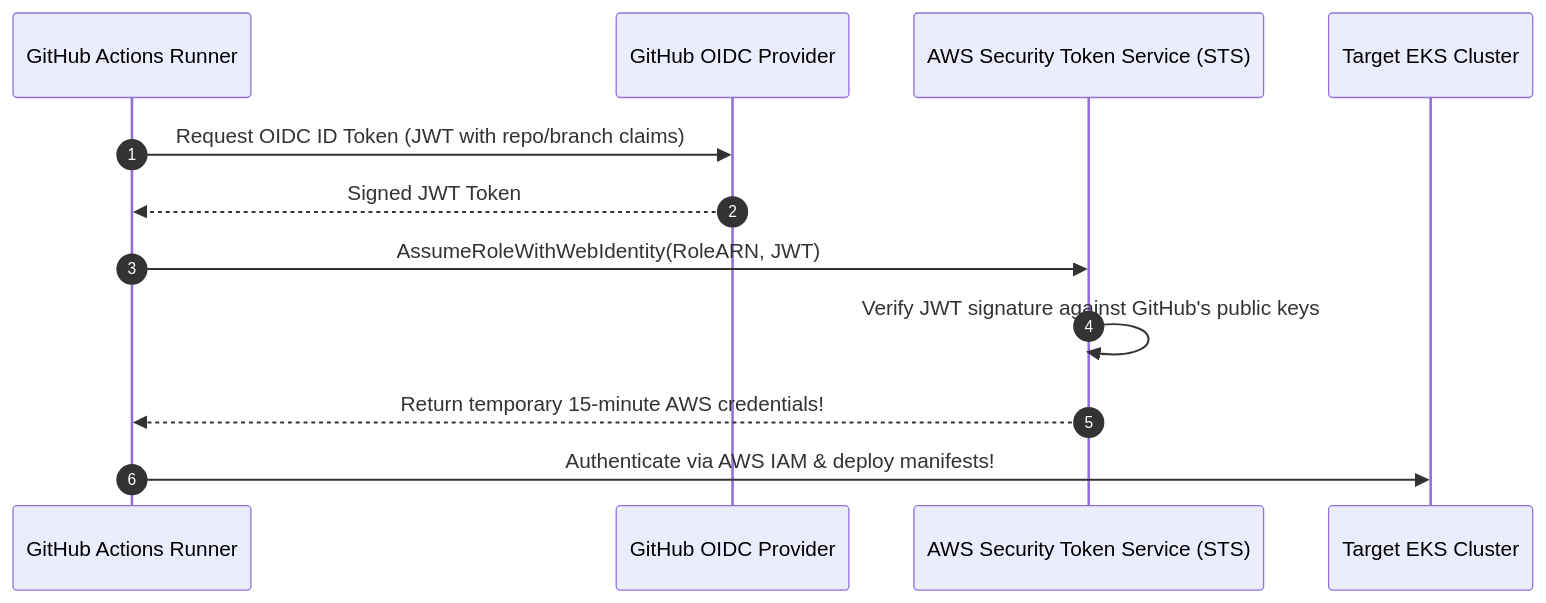
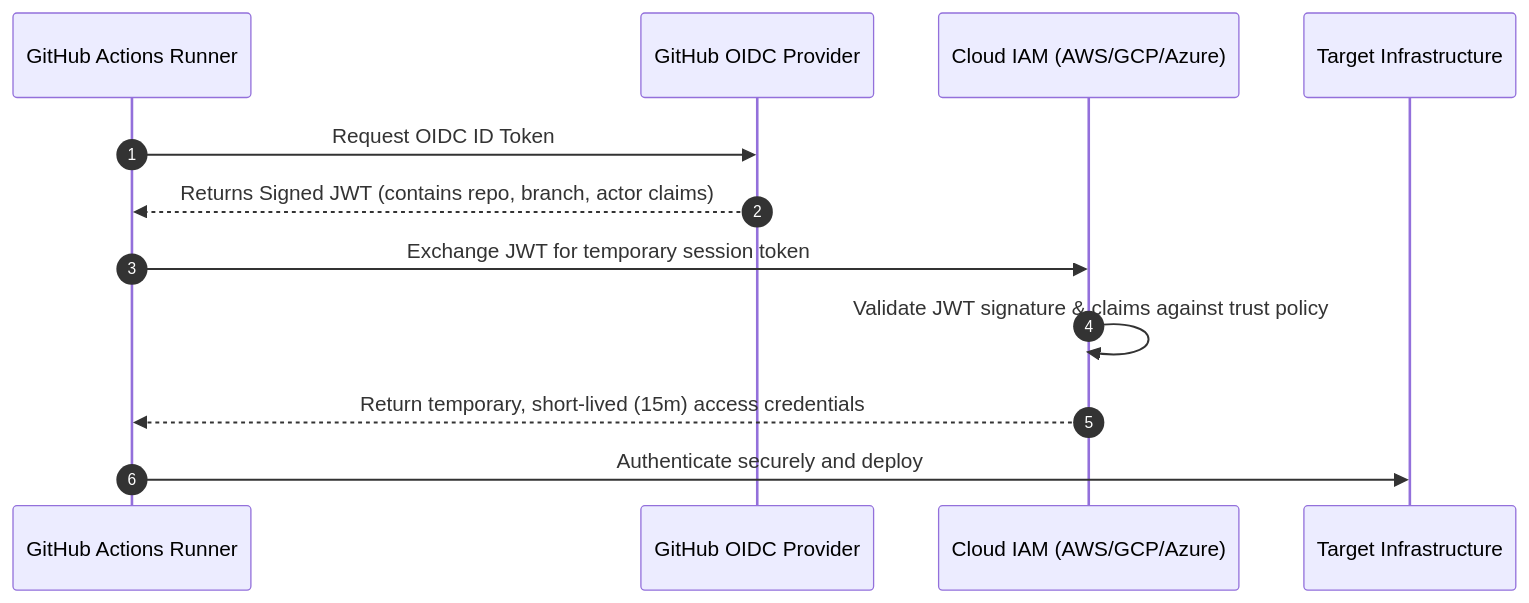
Before and after one commit to PandeyKishan/Study-Notes: the second of 2 diagrams in 04-CICD-Pipelines/02-GitHub-Actions-Deep-Dive.md, drawn with Mermaid. The commit also changed other lines of this file and 38 other files, not shown here.

````diff
--- a/04-CICD-Pipelines/02-GitHub-Actions-Deep-Dive.md
+++ b/04-CICD-Pipelines/02-GitHub-Actions-Deep-Dive.md
@@ -91,15 +110,15 @@
 ```mermaid
 sequenceDiagram
     autonumber
     participant GHA as GitHub Actions Runner
     participant GH_OIDC as GitHub OIDC Provider
-    participant AWS as AWS Security Token Service (STS)
-    participant K8s as Target EKS Cluster
+    participant IAM as Cloud IAM (AWS/GCP/Azure)
+    participant K8s as Target Infrastructure
 
-    GHA->>GH_OIDC: Request OIDC ID Token (JWT with repo/branch claims)
-    GH_OIDC-->>GHA: Signed JWT Token
-    GHA->>AWS: AssumeRoleWithWebIdentity(RoleARN, JWT)
-    AWS->>AWS: Verify JWT signature against GitHub's public keys
-    AWS-->>GHA: Return temporary 15-minute AWS credentials!
-    GHA->>K8s: Authenticate via AWS IAM & deploy manifests!
+    GHA->>GH_OIDC: Request OIDC ID Token
+    GH_OIDC-->>GHA: Returns Signed JWT (contains repo, branch, actor claims)
+    GHA->>IAM: Exchange JWT for temporary session token
+    IAM->>IAM: Validate JWT signature & claims against trust policy
+    IAM-->>GHA: Return temporary, short-lived (15m) access credentials
+    GHA->>K8s: Authenticate securely and deploy
 ```
````
